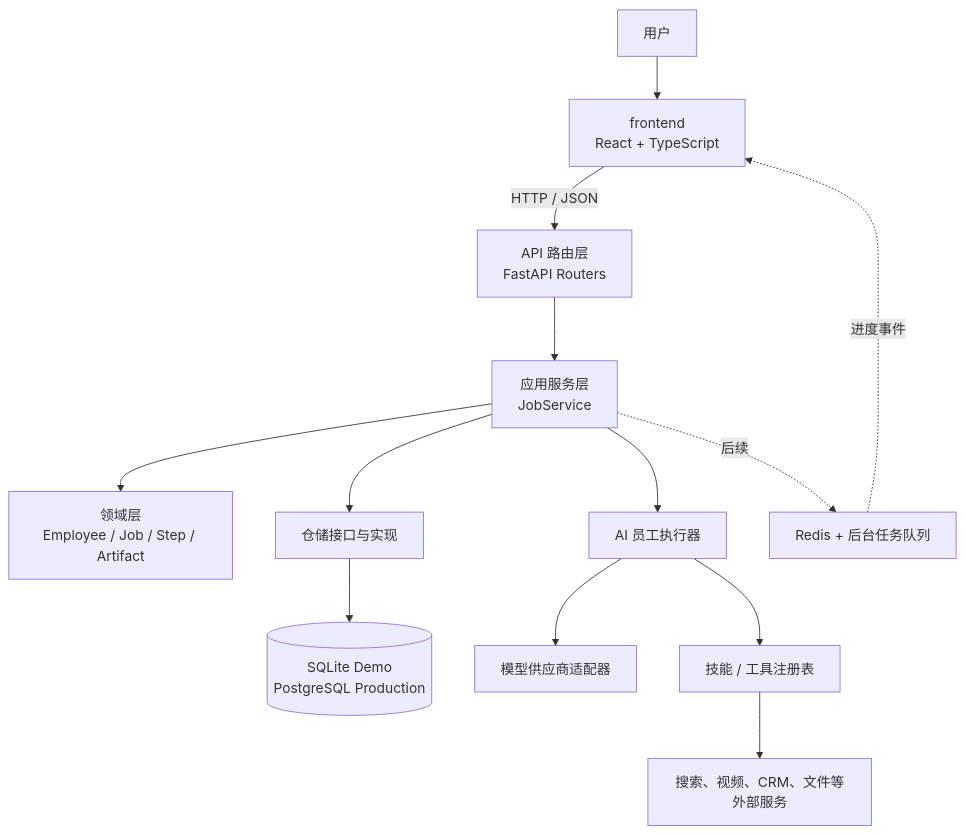
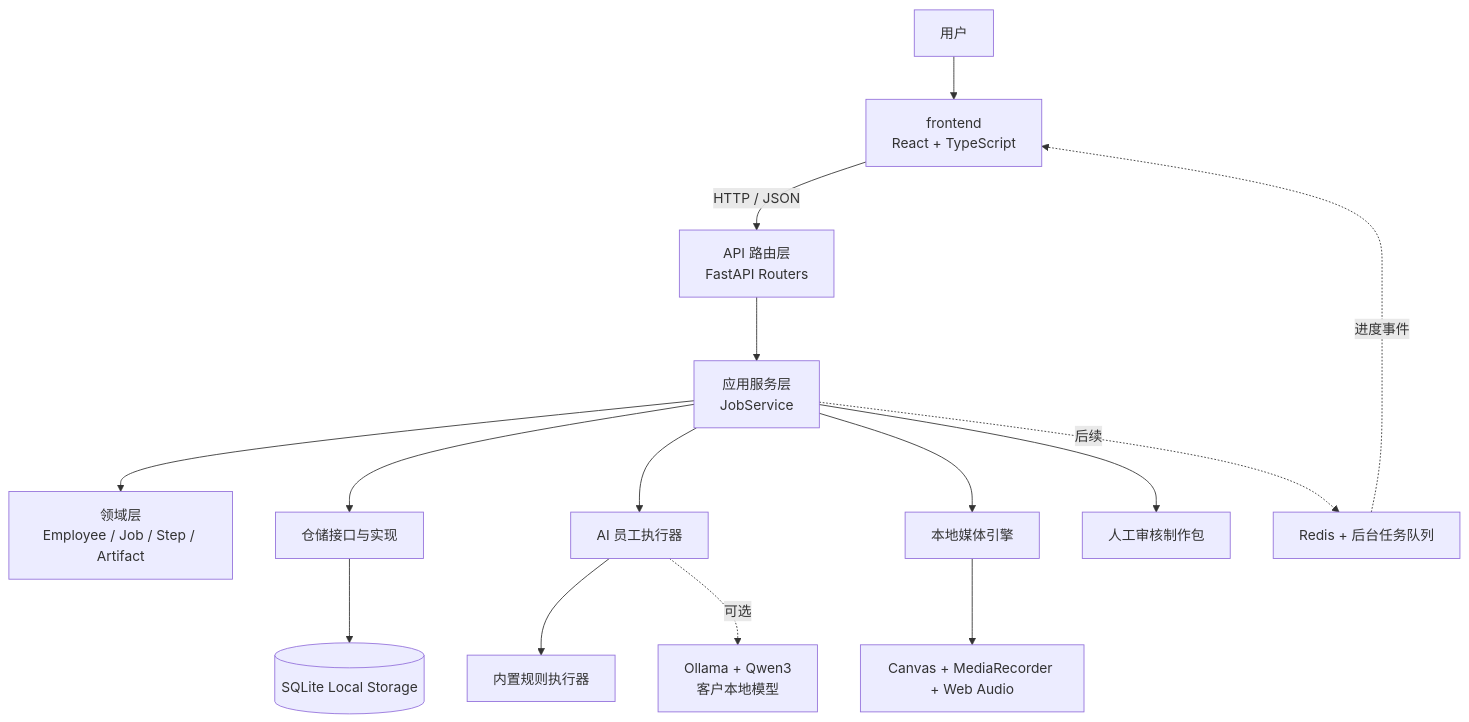
The second of 3 diagrams in docs/ARCHITECTURE.md (Meow-pop/superstaff), drawn with Mermaid before and after one commit. The commit also changed other lines of this file and 43 other files, not shown here.

````diff
--- a/docs/ARCHITECTURE.md
+++ b/docs/ARCHITECTURE.md
@@ -53,15 +53,17 @@
 ```mermaid
 flowchart TB
     U[用户] --> FE[frontend<br/>React + TypeScript]
     FE -->|HTTP / JSON| RT[API 路由层<br/>FastAPI Routers]
     RT --> APP[应用服务层<br/>JobService]
     APP --> DOM[领域层<br/>Employee / Job / Step / Artifact]
     APP --> REP[仓储接口与实现]
-    REP --> DB[(SQLite Demo<br/>PostgreSQL Production)]
+    REP --> DB[(SQLite Local Storage)]
     APP --> EXE[AI 员工执行器]
-    EXE --> LLM[模型供应商适配器]
-    EXE --> TOOL[技能 / 工具注册表]
-    TOOL --> EXT[搜索、视频、CRM、文件等外部服务]
+    EXE --> RULE[内置规则执行器]
+    EXE -.可选.-> OLLAMA[Ollama + Qwen3<br/>客户本地模型]
+    APP --> MEDIA[本地媒体引擎]
+    MEDIA --> CANVAS[Canvas + MediaRecorder + Web Audio]
+    APP --> EXPORT[人工审核制作包]
     APP -.后续.-> Q[Redis + 后台任务队列]
     Q -.进度事件.-> FE
 ```
````
